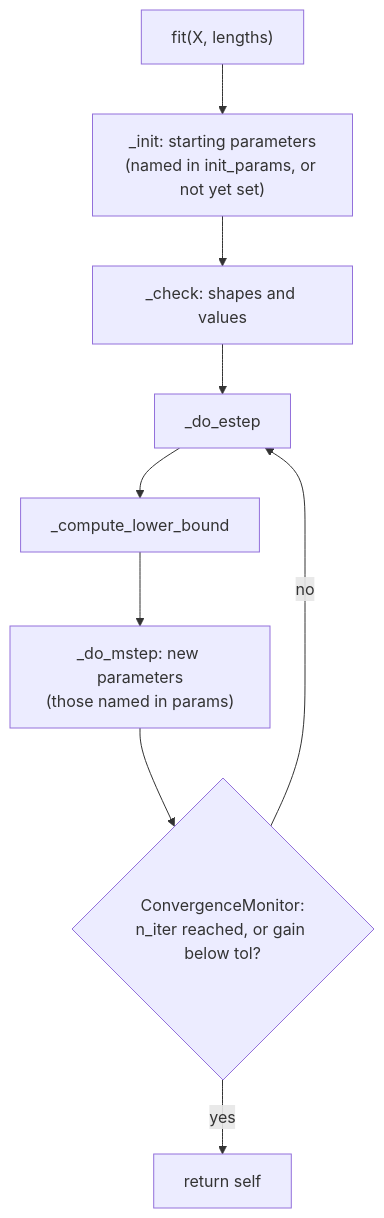
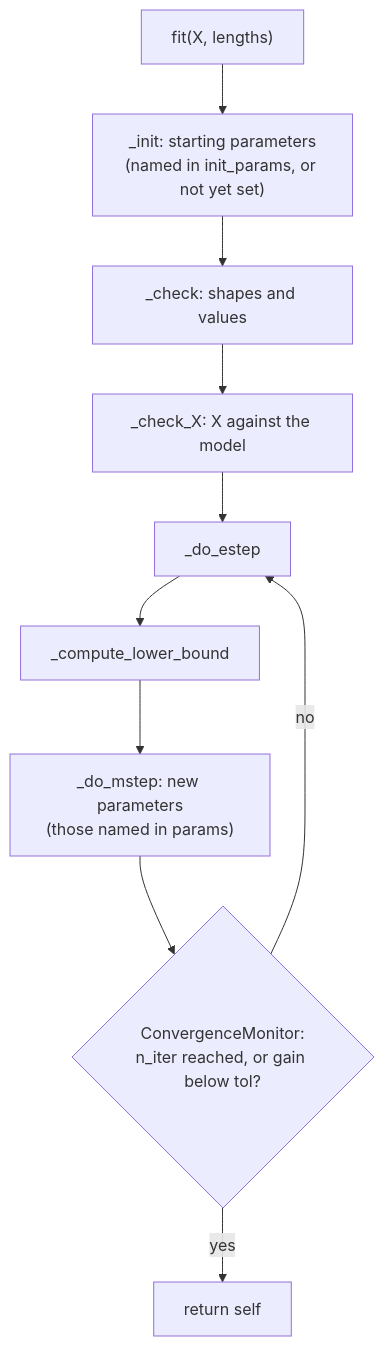
The second of 2 diagrams in ARCHITECTURE.md (runivers/hmm-craft), drawn with Mermaid before and after one commit. The commit also changed other lines of this file and 13 other files, not shown here.

First line of the commit message:
fix: check X against the model in fit, score and decode

````diff
--- a/ARCHITECTURE.md
+++ b/ARCHITECTURE.md
@@ -66,11 +67,12 @@
 ```mermaid
 flowchart TD
     A["fit(X, lengths)"] --> B["_init: starting parameters<br/>(named in init_params, or not yet set)"]
     B --> C["_check: shapes and values"]
-    C --> D["_do_estep"]
+    C --> X["_check_X: X against the model"]
+    X --> D["_do_estep"]
     D --> E["_compute_lower_bound"]
     E --> F["_do_mstep: new parameters<br/>(those named in params)"]
     F --> G{"ConvergenceMonitor:<br/>n_iter reached, or gain below tol?"}
     G -- no --> D
     G -- yes --> H["return self"]
 ```
````
